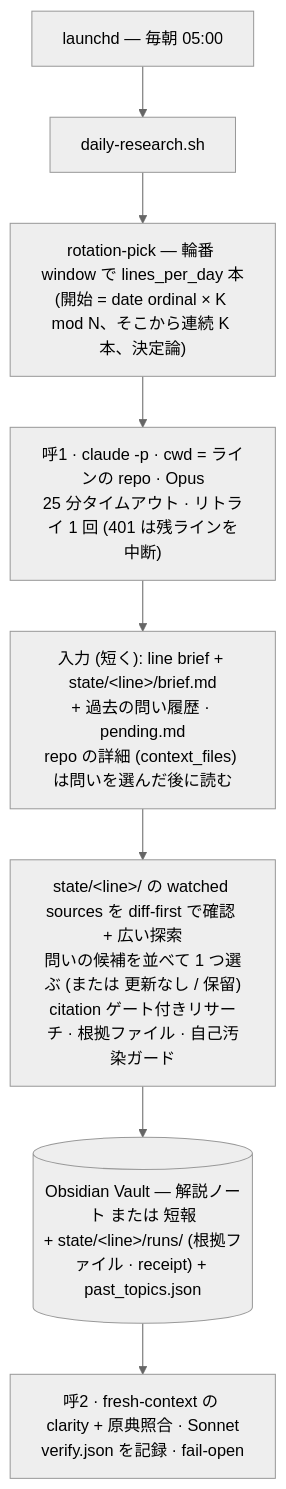
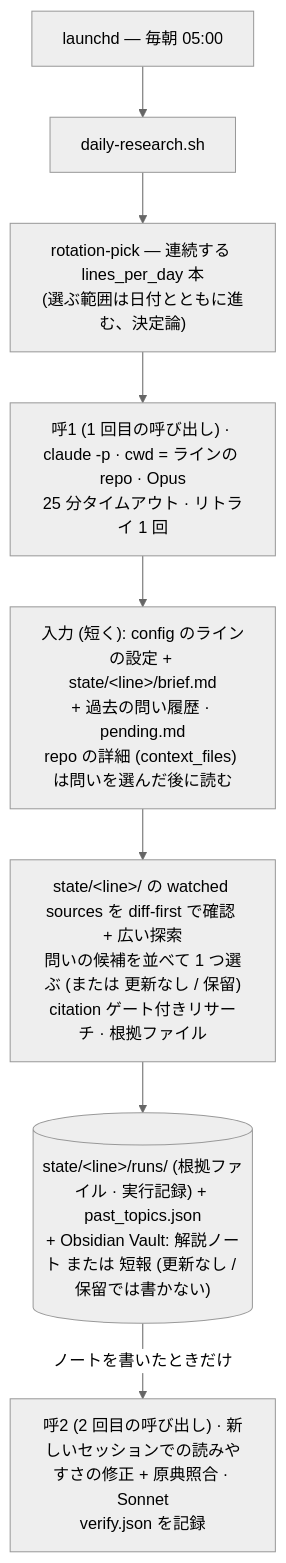
Before and after one commit to shimo4228/daily-research: the diagram in README.ja.md, drawn with Mermaid (neutral theme). The commit also changed other lines of this file and 3 other files, not shown here.

````diff
--- a/README.ja.md
+++ b/README.ja.md
@@ -15,10 +19,10 @@
 ```mermaid
 flowchart TD
     cron["launchd — 毎朝 05:00"] --> orch["daily-research.sh"]
-    orch --> pick["rotation-pick — 輪番 window で lines_per_day 本<br/>(開始 = date ordinal × K mod N、そこから連続 K 本、決定論)"]
-    pick --> loop["呼1 · claude -p · cwd = ラインの repo · Opus<br/>25 分タイムアウト · リトライ 1 回 (401 は残ラインを中断)"]
-    loop --> ctx["入力 (短く): line brief + state/&lt;line&gt;/brief.md<br/>+ 過去の問い履歴 · pending.md<br/>repo の詳細 (context_files) は問いを選んだ後に読む"]
-    ctx --> run["state/&lt;line&gt;/ の watched sources を diff-first で確認 + 広い探索<br/>問いの候補を並べて 1 つ選ぶ (または 更新なし / 保留)<br/>citation ゲート付きリサーチ · 根拠ファイル · 自己汚染ガード"]
-    run --> out[("Obsidian Vault — 解説ノート または 短報<br/>+ state/&lt;line&gt;/runs/ (根拠ファイル · receipt) + past_topics.json")]
-    out --> clarity["呼2 · fresh-context の clarity + 原典照合 · Sonnet<br/>verify.json を記録 · fail-open"]
+    orch --> pick["rotation-pick — 連続する lines_per_day 本<br/>(選ぶ範囲は日付とともに進む、決定論)"]
+    pick --> loop["呼1 (1 回目の呼び出し) · claude -p · cwd = ラインの repo · Opus<br/>25 分タイムアウト · リトライ 1 回"]
+    loop --> ctx["入力 (短く): config のラインの設定 + state/&lt;line&gt;/brief.md<br/>+ 過去の問い履歴 · pending.md<br/>repo の詳細 (context_files) は問いを選んだ後に読む"]
+    ctx --> run["state/&lt;line&gt;/ の watched sources を diff-first で確認 + 広い探索<br/>問いの候補を並べて 1 つ選ぶ (または 更新なし / 保留)<br/>citation ゲート付きリサーチ · 根拠ファイル"]
+    run --> out[("state/&lt;line&gt;/runs/ (根拠ファイル · 実行記録) + past_topics.json<br/>+ Obsidian Vault: 解説ノート または 短報 (更新なし / 保留では書かない)")]
+    out -->|ノートを書いたときだけ| clarity["呼2 (2 回目の呼び出し) · 新しいセッションでの読みやすさの修正 + 原典照合 · Sonnet<br/>verify.json を記録"]
 ```
````
